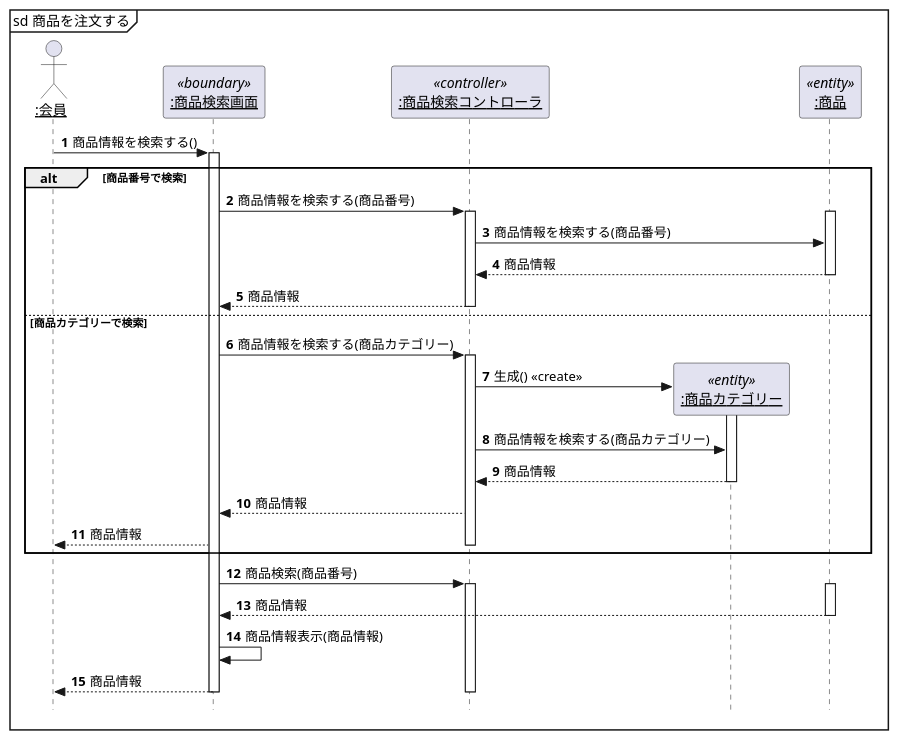
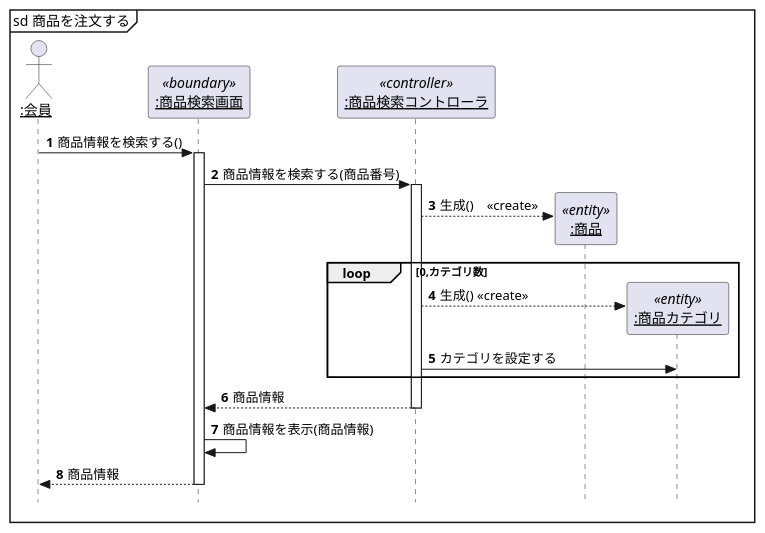
The diagram in 演習4-5_SD_商品情報検索.pu (koha0516/uml-introduction), drawn with PlantUML before and after one commit.

Commit message:
演習

```diff
--- a/演習4-5_SD_商品情報検索.pu
+++ b/演習4-5_SD_商品情報検索.pu
@@ -1,56 +1,32 @@
 @startuml 商品を注文する
 hide footbox
 'メッセージに自動で番号を降る
 autonumber
 ' 厳密なUMLに準拠する
 skinparam style strictuml
 
 Actor "<u>:会員</u>" as member
 participant "<u>:商品検索画面</u>" as boundary <<boundary>>
 participant "<u>:商品検索コントローラ</u>" as controller <<controller>>
-participant "<u>:商品" as goods <<entity>>
 
 
 mainframe sd 商品を注文する 
 
 member -> boundary : 商品情報を検索する()
-activate  boundary
-    alt 商品番号で検索
-        boundary -> controller : 商品情報を検索する(商品番号)
+    activate  boundary
+    boundary -> controller : 商品情報を検索する(商品番号)
         activate controller
-            activate goods
-            controller -> goods : 商品情報を検索する(商品番号)
-            controller <-- goods : 商品情報
-            deactivate goods
-        boundary <-- controller : 商品情報
+            create  "<u>:商品</u>" as goods <<entity>>
+            controller --> goods : 生成()　<<create>>
+            loop 0,カテゴリ数
+                create  "<u>:商品カテゴリ</u>" as cate <<entity>>
+                controller --> cate : 生成() <<create>>
+                    controller -> cate : カテゴリを設定する
+            end loop
+            boundary <-- controller : 商品情報
         deactivate controller
-    else 商品カテゴリーで検索
-        boundary -> controller : 商品情報を検索する(商品カテゴリー)
-        activate controller
-            create  "<u>:商品カテゴリー</u>" as cate <<entity>>
-            controller -> cate : 生成() <<create>>
-            activate cate
-                controller -> cate : 商品情報を検索する(商品カテゴリー)
-                controller <-- cate : 商品情報
-            deactivate cate
-            boundary <-- controller : 商品情報
-            member <-- boundary : 商品情報
-        deactivate controller
-    end alt
-    boundary -> controller : 商品検索(商品番号)
-    
-    activate  controller
-        create  "<u>:商品</u>" as goods <<entity>>
-
-
-        activate goods
-            boundary <-- goods : 商品情報
-        deactivate goods
-
-        boundary -> boundary : 商品情報表示(商品情報)
-        member <-- boundary : 商品情報
-    deactivate controller
-
+    boundary -> boundary : 商品情報を表示(商品情報)    
+    member <-- boundary : 商品情報
 deactivate boundary
 
 @enduml
```
